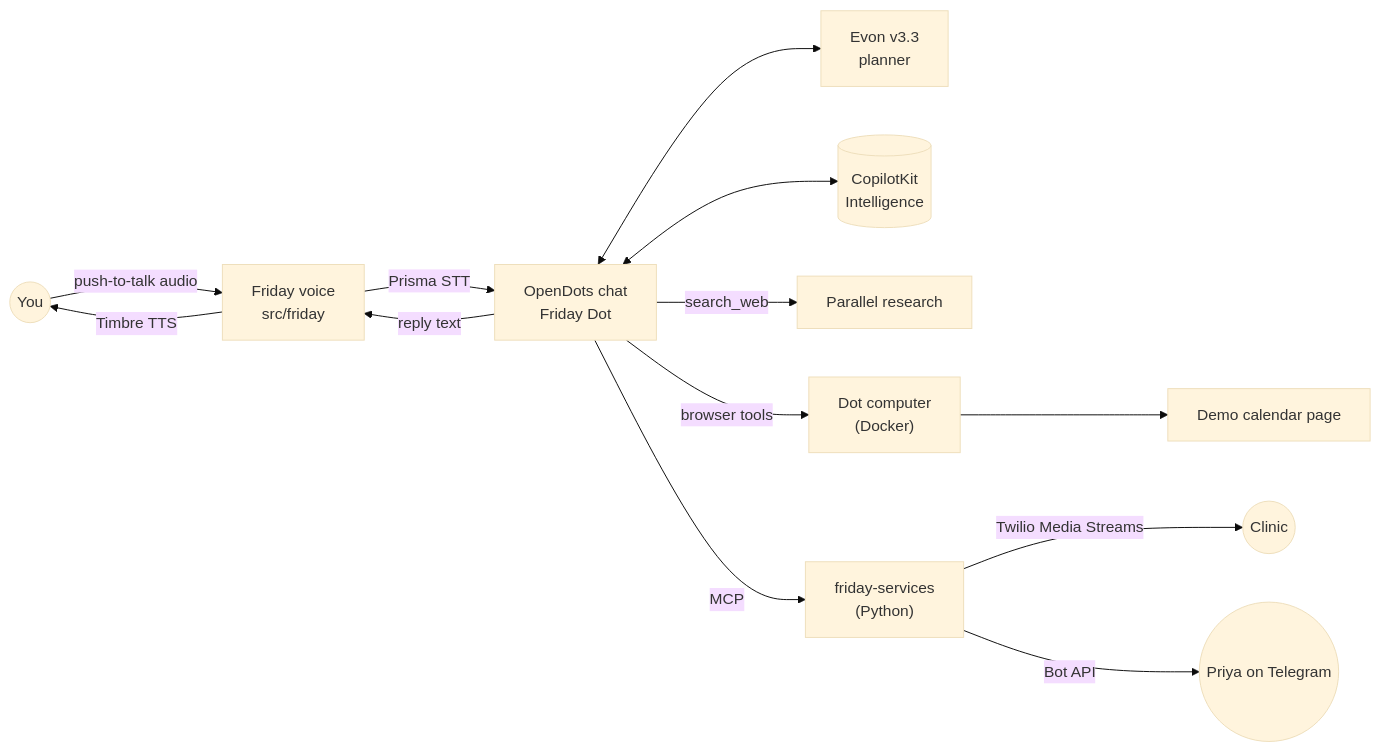
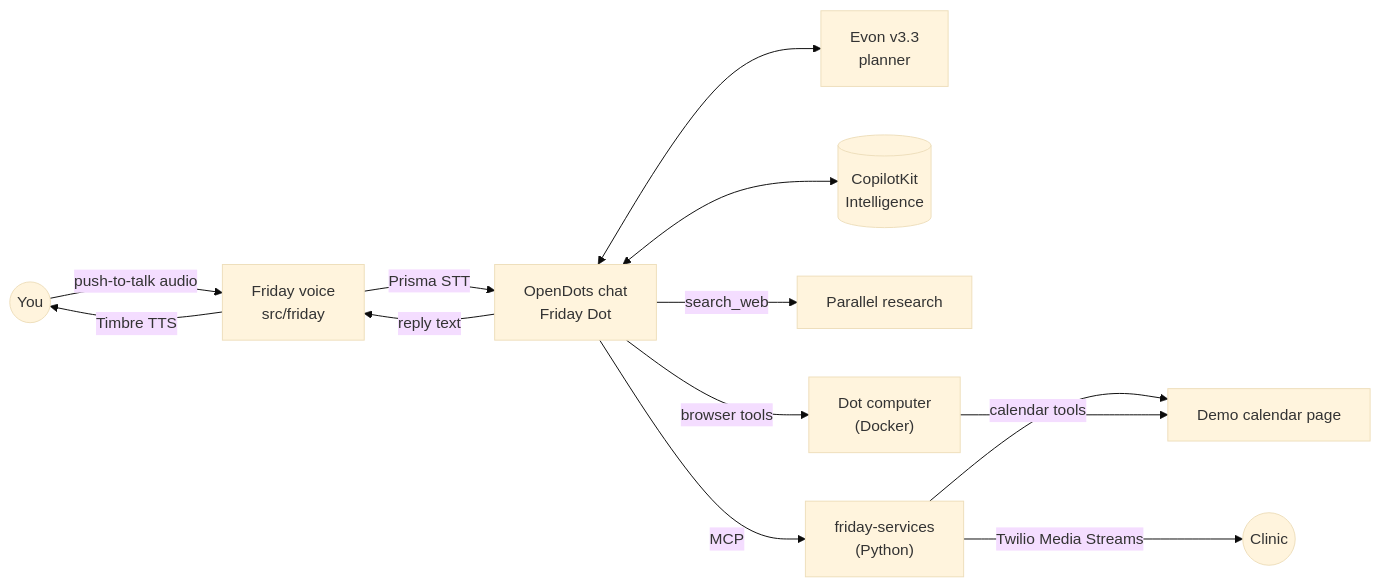
Before and after one commit to prem-2006/Friday-AI: the diagram in friday/docs/ARCHITECTURE.md, drawn with Mermaid (base theme). The commit also changed other lines of this file and 3 other files, not shown here.

First line of the commit message:
Friday: README, architecture and change list for the built project

````diff
--- a/friday/docs/ARCHITECTURE.md
+++ b/friday/docs/ARCHITECTURE.md
@@ -19,15 +19,15 @@
 ```mermaid
 flowchart LR
   User((You)) -- push-to-talk audio --> Voice["Friday voice<br/>src/friday"]
   Voice -- Prisma STT --> Chat["OpenDots chat<br/>Friday Dot"]
   Chat -- reply text --> Voice
   Voice -- Timbre TTS --> User
   Chat <--> Evon["Evon v3.3<br/>planner"]
   Chat <--> Intel[("CopilotKit<br/>Intelligence")]
   Chat -- search_web --> Parallel[Parallel research]
   Chat -- browser tools --> Computer["Dot computer<br/>(Docker)"]
   Chat -- MCP --> Services["friday-services<br/>(Python)"]
   Services -- Twilio Media Streams --> Phone((Clinic))
-  Services -- Bot API --> TG((Priya on Telegram))
+  Services -- calendar tools --> Demo
   Computer --> Demo["Demo calendar page"]
 ```
````
